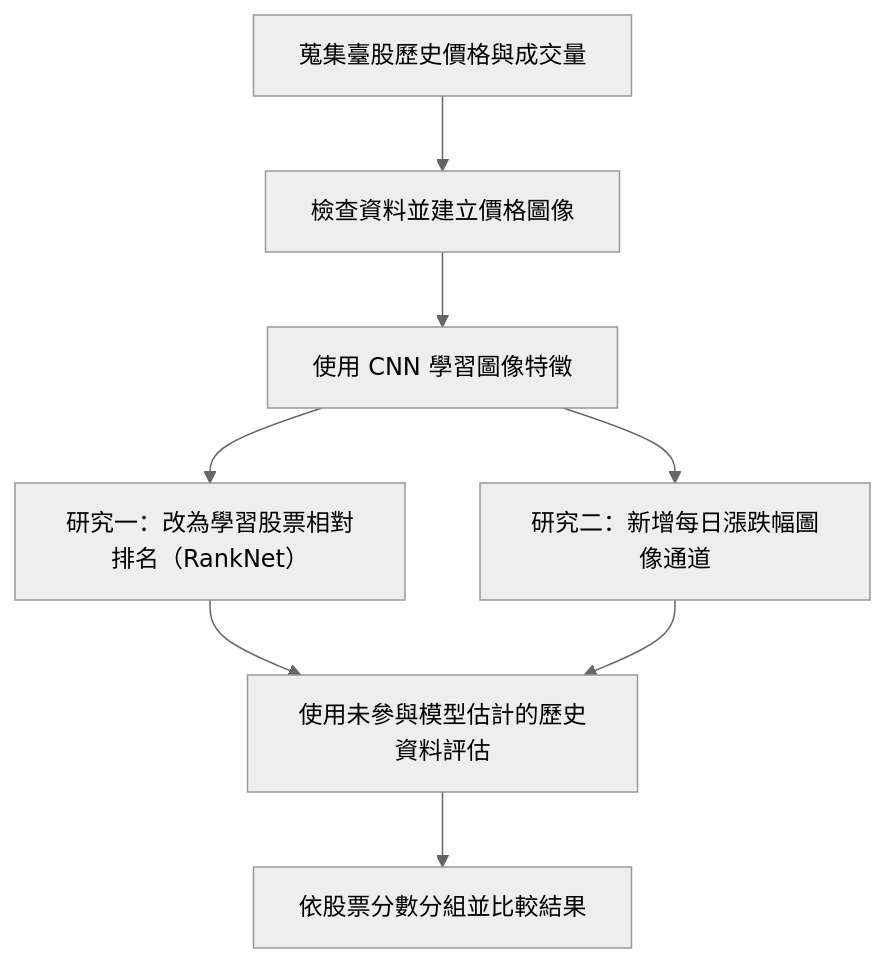
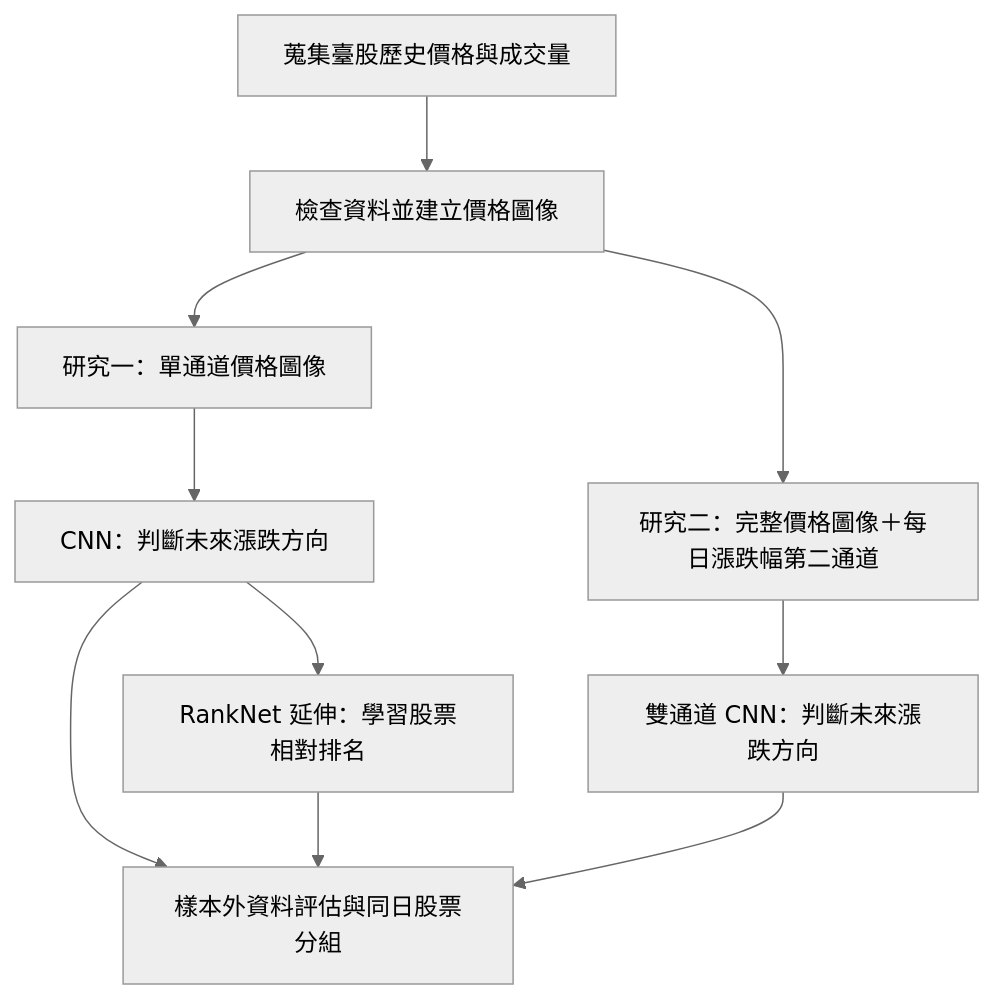
The diagram in README.md (wbk169/reimaging-tw-stock-cnn), drawn with Mermaid (neutral theme) before and after one commit.

Commit message:
docs: correct diagram so daily-return channel is added before CNN

````diff
--- a/README.md
+++ b/README.md
@@ -58,10 +58,12 @@
 ```mermaid
 flowchart TD
     A["蒐集臺股歷史價格與成交量"] --> B["檢查資料並建立價格圖像"]
-    B --> C["使用 CNN 學習圖像特徵"]
-    C --> D["研究一：改為學習股票相對排名（RankNet）"]
-    C --> E["研究二：新增每日漲跌幅圖像通道"]
-    D --> F["使用未參與模型估計的歷史資料評估"]
-    E --> F
-    F --> G["依股票分數分組並比較結果"]
+    B --> C["研究一：單通道價格圖像"]
+    B --> D["研究二：完整價格圖像＋每日漲跌幅第二通道"]
+    C --> E["CNN：判斷未來漲跌方向"]
+    E --> F["RankNet 延伸：學習股票相對排名"]
+    D --> G["雙通道 CNN：判斷未來漲跌方向"]
+    E --> H["樣本外資料評估與同日股票分組"]
+    F --> H
+    G --> H
 ```
````
